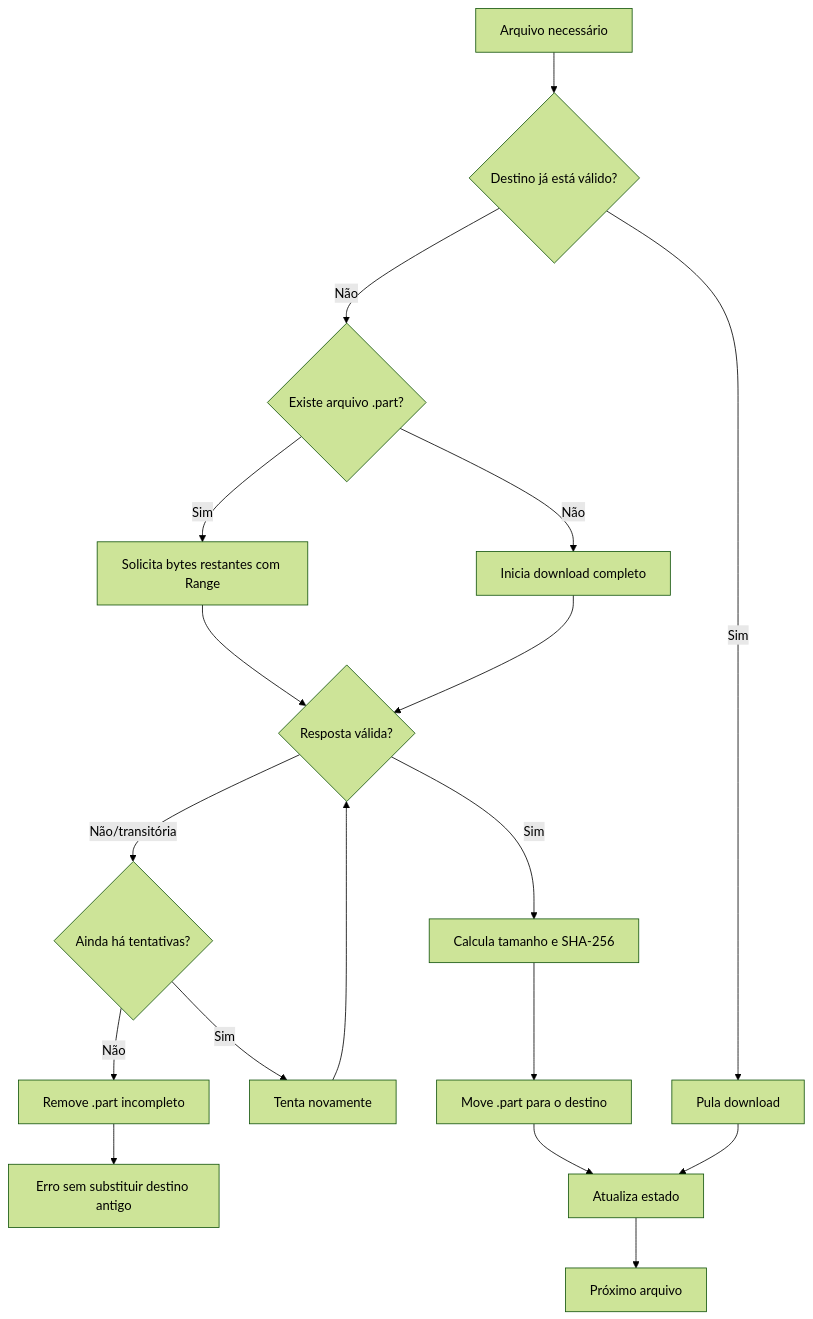
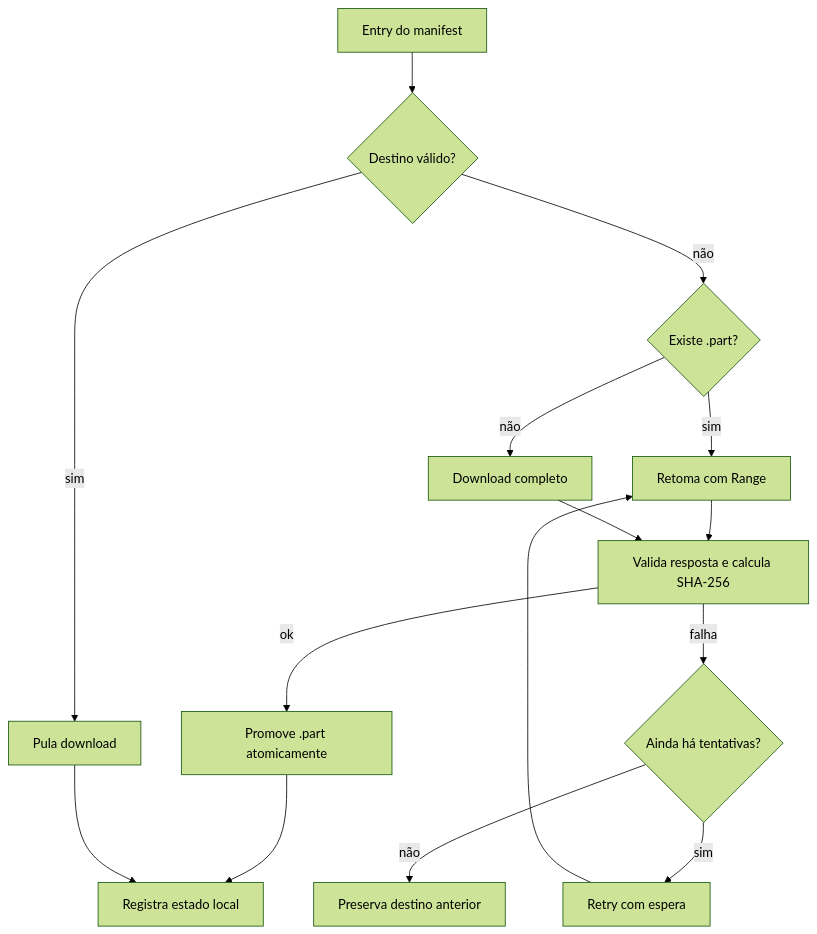
The fourth of 6 diagrams in docs/architecture.md (venysssssssssss/only-bangers-mine-server), drawn with Mermaid (forest theme) before and after one commit. The commit also changed other lines of this file and 11 other files, not shown here.

````diff
--- a/docs/architecture.md
+++ b/docs/architecture.md
@@ -83,20 +91,17 @@
 ```mermaid
 flowchart TD
-    Start[Arquivo necessário] --> Existing{Destino já está válido?}
-    Existing -- Sim --> Skip[Pula download]
-    Existing -- Não --> Part{Existe arquivo .part?}
-    Part -- Sim --> Range[Solicita bytes restantes com Range]
-    Part -- Não --> Full[Inicia download completo]
-    Range --> Response{Resposta válida?}
-    Full --> Response
-    Response -- Não/transitória --> Retry{Ainda há tentativas?}
-    Retry -- Sim --> Backoff[Tenta novamente]
-    Backoff --> Response
-    Retry -- Não --> Cleanup[Remove .part incompleto]
-    Cleanup --> Fail[Erro sem substituir destino antigo]
-    Response -- Sim --> Hash[Calcula tamanho e SHA-256]
-    Hash --> Atomic[Move .part para o destino]
-    Atomic --> State[Atualiza estado]
+    Start[Entry do manifest] --> Existing{Destino válido?}
+    Existing -- sim --> Skip[Pula download]
+    Existing -- não --> Part{Existe .part?}
+    Part -- sim --> Range[Retoma com Range]
+    Part -- não --> Full[Download completo]
+    Range --> Validate[Valida resposta e calcula SHA-256]
+    Full --> Validate
+    Validate -- falha --> Retry{Ainda há tentativas?}
+    Retry -- sim --> Backoff[Retry com espera]
+    Backoff --> Range
+    Retry -- não --> Fail[Preserva destino anterior]
+    Validate -- ok --> Atomic[Promove .part atomicamente]
+    Atomic --> State[Registra estado local]
     Skip --> State
-    State --> Done[Próximo arquivo]
 ```
````
